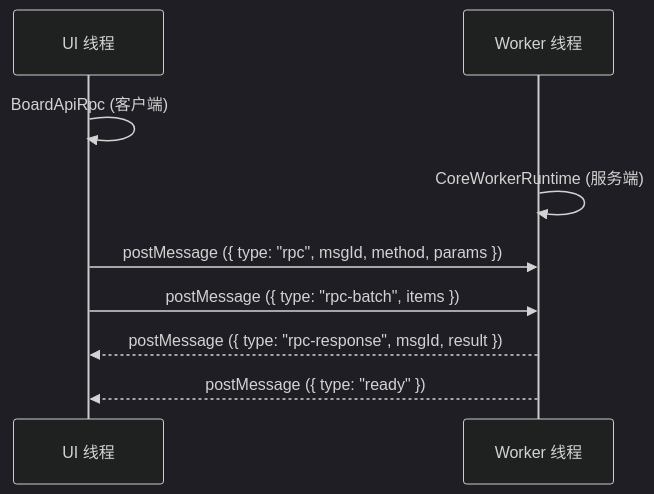
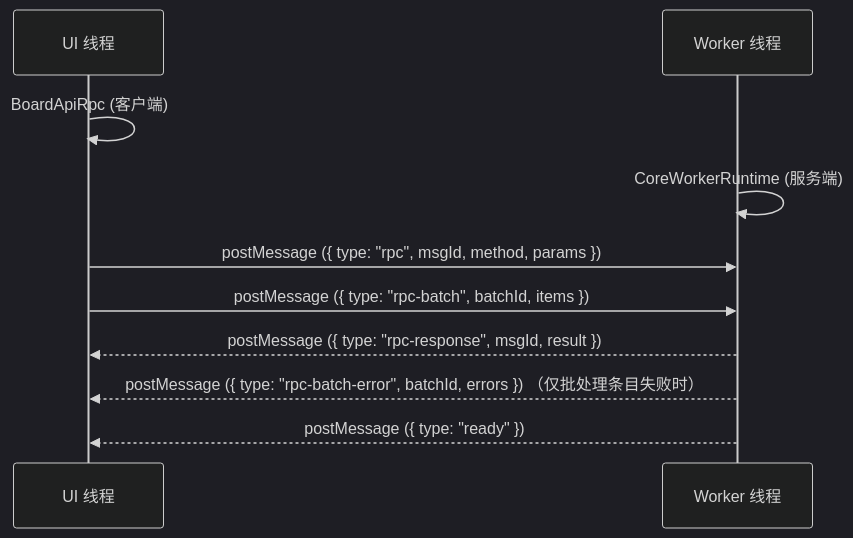
One commit to Frank-Steven/HoundWhiteboard changed the diagram in src/core/bridges/docs/board-api-rpc-document.md. Above: the diagram before and after it, drawn with Mermaid (dark theme). The commit also changed other lines of this file and 1 other file, not shown here.

````diff
--- a/src/core/bridges/docs/board-api-rpc-document.md
+++ b/src/core/bridges/docs/board-api-rpc-document.md
@@ -17,13 +18,14 @@
 ```mermaid
 sequenceDiagram
     participant UI as UI 线程
     participant Worker as Worker 线程
 
     UI->>UI: BoardApiRpc (客户端)
     Worker->>Worker: CoreWorkerRuntime (服务端)
 
     UI->>Worker: postMessage ({ type: "rpc", msgId, method, params })
-    UI->>Worker: postMessage ({ type: "rpc-batch", items })
+    UI->>Worker: postMessage ({ type: "rpc-batch", batchId, items })
     Worker-->>UI: postMessage ({ type: "rpc-response", msgId, result })
+    Worker-->>UI: postMessage ({ type: "rpc-batch-error", batchId, errors }) （仅批处理条目失败时）
     Worker-->>UI: postMessage ({ type: "ready" })
 ```
````
